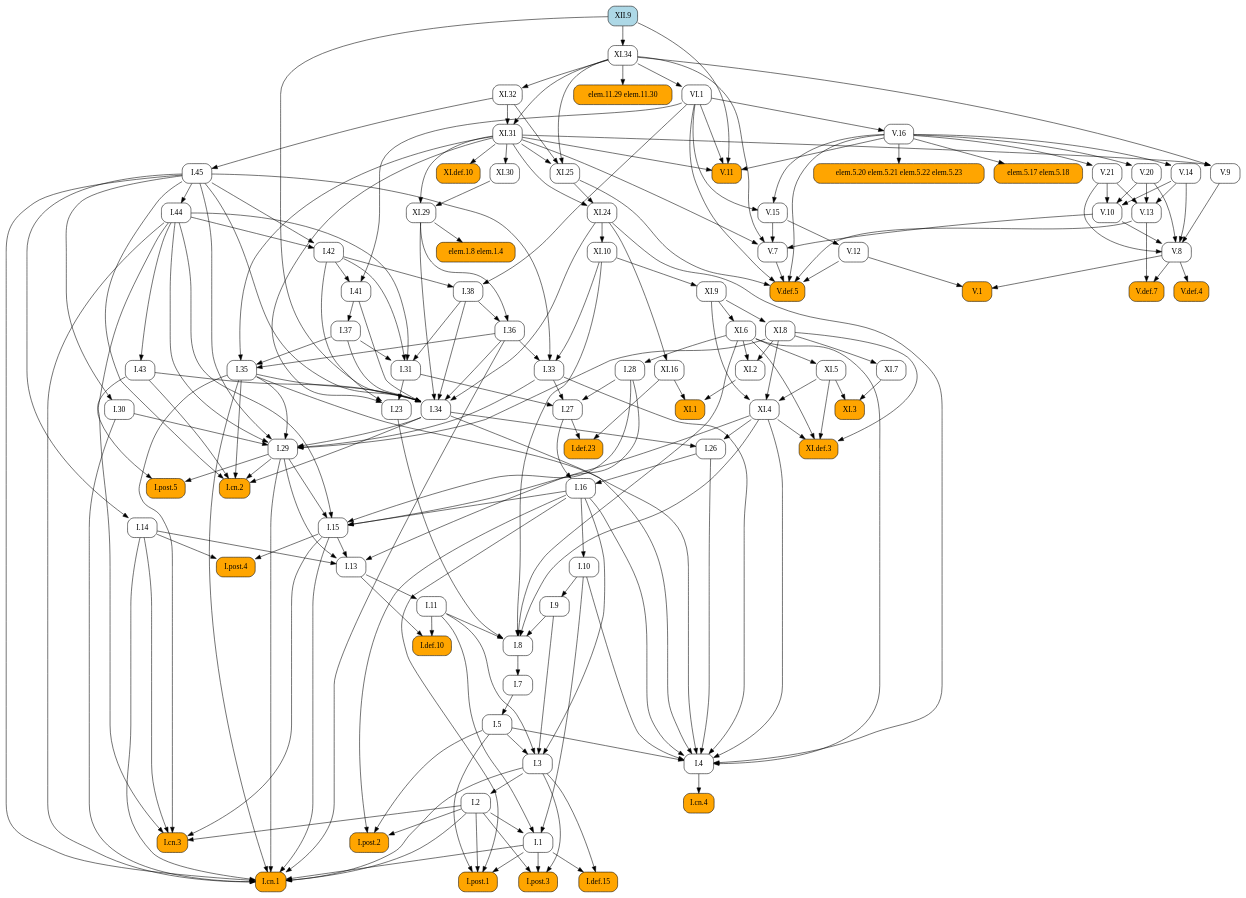
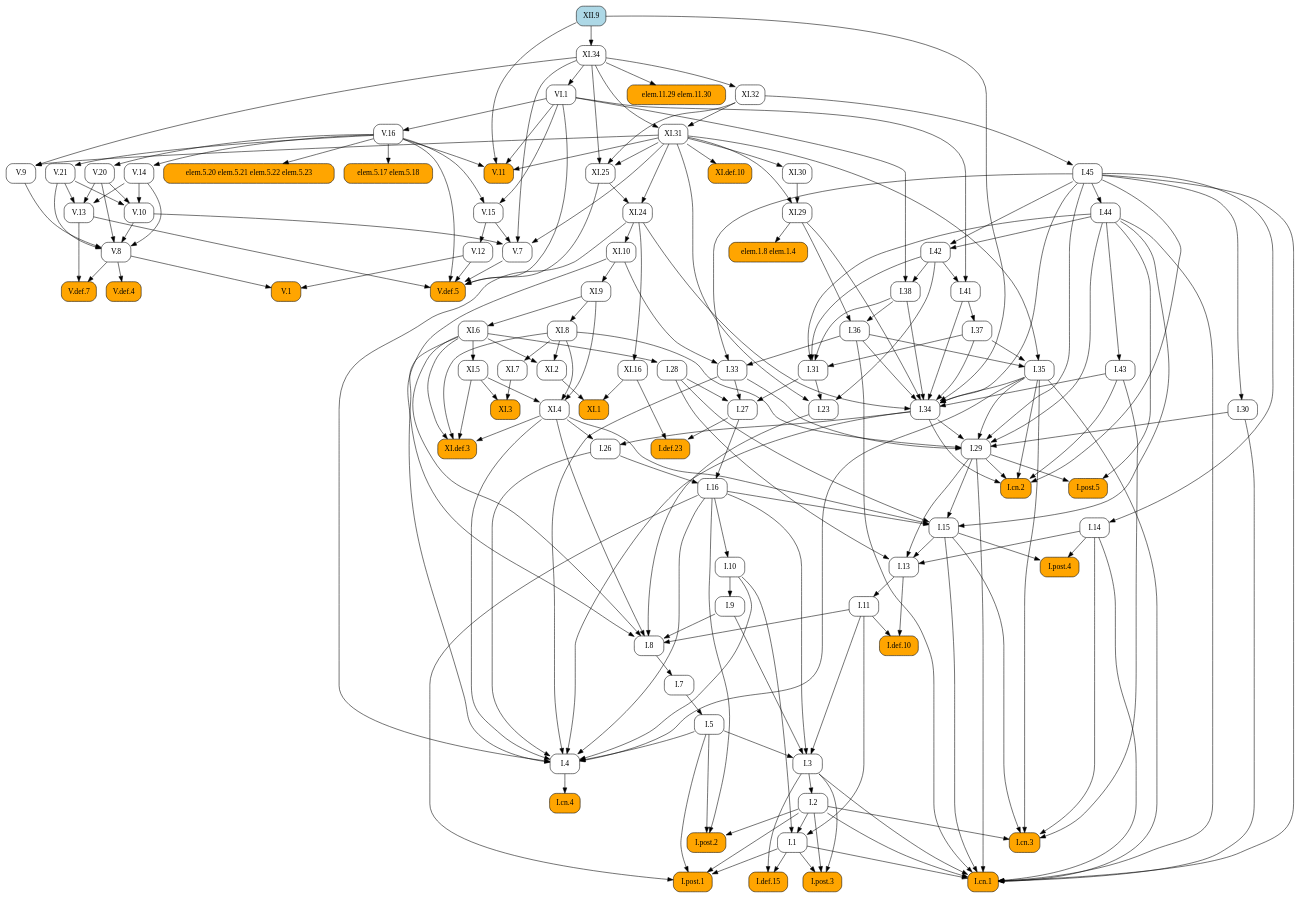
One commit to geometor/elements changed the diagram in docsrc/heath/XII/9/index.rst. Above: the diagram before and after it, drawn with Graphviz. The commit also changed other lines of this file and 1029 other files, not shown here.

```diff
--- a/docsrc/heath/XII/9/index.rst
+++ b/docsrc/heath/XII/9/index.rst
@@ -52,109 +52,148 @@
    digraph {
      rankdir="TB";
      node [shape=box, style=rounded];
+     "I.def.10" [style="rounded,filled", fillcolor=orange, URL="/heath/I/def.10/", target="_top"];
+     "I.11" [URL="/heath/I/11/", target="_top"];
+     "I.post.4" [style="rounded,filled", fillcolor=orange, URL="/heath/I/post.4/", target="_top"];
+     "I.1" [URL="/heath/I/1/", target="_top"];
+     "I.28" [URL="/heath/I/28/", target="_top"];
+     "XI.7" [URL="/heath/XI/7/", target="_top"];
+     "V.def.5" [style="rounded,filled", fillcolor=orange, URL="/heath/V/def.5/", target="_top"];
+     "XI.9" [URL="/heath/XI/9/", target="_top"];
+     "XI.8" [URL="/heath/XI/8/", target="_top"];
+     "V.11" [style="rounded,filled", fillcolor=orange, URL="/heath/V/11/", target="_top"];
+     "V.13" [URL="/heath/V/13/", target="_top"];
+     "I.post.3" [style="rounded,filled", fillcolor=orange, URL="/heath/I/post.3/", target="_top"];
+     "VI.1" [URL="/heath/VI/1/", target="_top"];
+     "XI.1" [style="rounded,filled", fillcolor=orange, URL="/heath/XI/1/", target="_top"];
+     "I.cn.3" [style="rounded,filled", fillcolor=orange, URL="/heath/I/cn.3/", target="_top"];
+     "XI.25" [URL="/heath/XI/25/", target="_top"];
+     "I.14" [URL="/heath/I/14/", target="_top"];
+     "V.16" [URL="/heath/V/16/", target="_top"];
+     "XI.2" [URL="/heath/XI/2/", target="_top"];
+     "XI.16" [URL="/heath/XI/16/", target="_top"];
+     "XI.31" [URL="/heath/XI/31/", target="_top"];
+     "I.36" [URL="/heath/I/36/", target="_top"];
+     "V.8" [URL="/heath/V/8/", target="_top"];
+     "I.41" [URL="/heath/I/41/", target="_top"];
+     "I.37" [URL="/heath/I/37/", target="_top"];
+     "I.34" [URL="/heath/I/34/", target="_top"];
+     "I.27" [URL="/heath/I/27/", target="_top"];
+     "I.2" [URL="/heath/I/2/", target="_top"];
+     "I.def.23" [style="rounded,filled", fillcolor=orange, URL="/heath/I/def.23/", target="_top"];
+     "elem.1.8 elem.1.4" [style="rounded,filled", fillcolor=orange];
+     "XI.32" [URL="/heath/XI/32/", target="_top"];
+     "elem.11.29 elem.11.30" [style="rounded,filled", fillcolor=orange];
+     "I.33" [URL="/heath/I/33/", target="_top"];
+     "I.post.2" [style="rounded,filled", fillcolor=orange, URL="/heath/I/post.2/", target="_top"];
+     "I.45" [URL="/heath/I/45/", target="_top"];
+     "I.42" [URL="/heath/I/42/", target="_top"];
+     "elem.5.20 elem.5.21 elem.5.22 elem.5.23" [style="rounded,filled", fillcolor=orange];
+     "I.9" [URL="/heath/I/9/", target="_top"];
+     "V.def.4" [style="rounded,filled", fillcolor=orange, URL="/heath/V/def.4/", target="_top"];
+     "I.cn.4" [style="rounded,filled", fillcolor=orange, URL="/heath/I/cn.4/", target="_top"];
+     "I.15" [URL="/heath/I/15/", target="_top"];
+     "I.38" [URL="/heath/I/38/", target="_top"];
+     "V.def.7" [style="rounded,filled", fillcolor=orange, URL="/heath/V/def.7/", target="_top"];
+     "I.5" [URL="/heath/I/5/", target="_top"];
+     "V.21" [URL="/heath/V/21/", target="_top"];
+     "XI.def.3" [style="rounded,filled", fillcolor=orange, URL="/heath/XI/def.3/", target="_top"];
+     "I.26" [URL="/heath/I/26/", target="_top"];
+     "V.14" [URL="/heath/V/14/", target="_top"];
+     "I.29" [URL="/heath/I/29/", target="_top"];
+     "V.12" [URL="/heath/V/12/", target="_top"];
+     "I.cn.2" [style="rounded,filled", fillcolor=orange, URL="/heath/I/cn.2/", target="_top"];
+     "V.20" [URL="/heath/V/20/", target="_top"];
+     "V.10" [URL="/heath/V/10/", target="_top"];
+     "XI.30" [URL="/heath/XI/30/", target="_top"];
+     "I.def.15" [style="rounded,filled", fillcolor=orange, URL="/heath/I/def.15/", target="_top"];
+     "V.15" [URL="/heath/V/15/", target="_top"];
+     "XI.5" [URL="/heath/XI/5/", target="_top"];
+     "I.cn.1" [style="rounded,filled", fillcolor=orange, URL="/heath/I/cn.1/", target="_top"];
+     "I.30" [URL="/heath/I/30/", target="_top"];
+     "V.7" [URL="/heath/V/7/", target="_top"];
+     "XI.29" [URL="/heath/XI/29/", target="_top"];
+     "V.9" [URL="/heath/V/9/", target="_top"];
+     "I.23" [URL="/heath/I/23/", target="_top"];
+     "I.43" [URL="/heath/I/43/", target="_top"];
+     "I.post.1" [style="rounded,filled", fillcolor=orange, URL="/heath/I/post.1/", target="_top"];
+     "XI.6" [URL="/heath/XI/6/", target="_top"];
+     "I.35" [URL="/heath/I/35/", target="_top"];
+     "I.7" [URL="/heath/I/7/", target="_top"];
+     "I.3" [URL="/heath/I/3/", target="_top"];
+     "I.4" [URL="/heath/I/4/", target="_top"];
+     "I.13" [URL="/heath/I/13/", target="_top"];
+     "XI.def.10" [style="rounded,filled", fillcolor=orange, URL="/heath/XI/def.10/", target="_top"];
+     "I.31" [URL="/heath/I/31/", target="_top"];
      "V.1" [style="rounded,filled", fillcolor=orange, URL="/heath/V/1/", target="_top"];
-     "XI.32" [URL="/heath/XI/32/", target="_top"];
-     "I.29" [URL="/heath/I/29/", target="_top"];
-     "I.7" [URL="/heath/I/7/", target="_top"];
-     "I.27" [URL="/heath/I/27/", target="_top"];
-     "I.def.23" [style="rounded,filled", fillcolor=orange, URL="/heath/I/def.23/", target="_top"];
-     "V.20" [URL="/heath/V/20/", target="_top"];
-     "I.34" [URL="/heath/I/34/", target="_top"];
+     "I.16" [URL="/heath/I/16/", target="_top"];
+     "XII.9" [style="rounded,filled", fillcolor=lightblue, URL="/heath/XII/9/", target="_top"];
+     "elem.5.17 elem.5.18" [style="rounded,filled", fillcolor=orange];
+     "XI.34" [URL="/heath/XI/34/", target="_top"];
      "I.8" [URL="/heath/I/8/", target="_top"];
-     "I.9" [URL="/heath/I/9/", target="_top"];
      "XI.4" [URL="/heath/XI/4/", target="_top"];
-     "I.post.4" [style="rounded,filled", fillcolor=orange, URL="/heath/I/post.4/", target="_top"];
-     "I.2" [URL="/heath/I/2/", target="_top"];
-     "I.28" [URL="/heath/I/28/", target="_top"];
-     "XI.1" [style="rounded,filled", fillcolor=orange, URL="/heath/XI/1/", target="_top"];
-     "I.cn.4" [style="rounded,filled", fillcolor=orange, URL="/heath/I/cn.4/", target="_top"];
-     "XI.31" [URL="/heath/XI/31/", target="_top"];
-     "XI.25" [URL="/heath/XI/25/", target="_top"];
-     "elem.5.20 elem.5.21 elem.5.22 elem.5.23" [style="rounded,filled", fillcolor=orange];
-     "I.23" [URL="/heath/I/23/", target="_top"];
-     "I.13" [URL="/heath/I/13/", target="_top"];
-     "I.5" [URL="/heath/I/5/", target="_top"];
-     "I.11" [URL="/heath/I/11/", target="_top"];
-     "XI.def.10" [style="rounded,filled", fillcolor=orange, URL="/heath/XI/def.10/", target="_top"];
-     "XI.5" [URL="/heath/XI/5/", target="_top"];
-     "I.4" [URL="/heath/I/4/", target="_top"];
-     "I.43" [URL="/heath/I/43/", target="_top"];
-     "I.def.10" [style="rounded,filled", fillcolor=orange, URL="/heath/I/def.10/", target="_top"];
-     "XII.9" [style="rounded,filled", fillcolor=lightblue, URL="/heath/XII/9/", target="_top"];
-     "I.post.3" [style="rounded,filled", fillcolor=orange, URL="/heath/I/post.3/", target="_top"];
-     "V.9" [URL="/heath/V/9/", target="_top"];
-     "XI.30" [URL="/heath/XI/30/", target="_top"];
-     "XI.6" [URL="/heath/XI/6/", target="_top"];
-     "elem.5.17 elem.5.18" [style="rounded,filled", fillcolor=orange];
-     "XI.7" [URL="/heath/XI/7/", target="_top"];
-     "I.36" [URL="/heath/I/36/", target="_top"];
-     "V.12" [URL="/heath/V/12/", target="_top"];
-     "I.15" [URL="/heath/I/15/", target="_top"];
-     "XI.2" [URL="/heath/XI/2/", target="_top"];
-     "V.14" [URL="/heath/V/14/", target="_top"];
-     "XI.8" [URL="/heath/XI/8/", target="_top"];
-     "I.41" [URL="/heath/I/41/", target="_top"];
-     "V.def.5" [style="rounded,filled", fillcolor=orange, URL="/heath/V/def.5/", target="_top"];
-     "I.cn.3" [style="rounded,filled", fillcolor=orange, URL="/heath/I/cn.3/", target="_top"];
-     "I.30" [URL="/heath/I/30/", target="_top"];
-     "I.45" [URL="/heath/I/45/", target="_top"];
-     "I.38" [URL="/heath/I/38/", target="_top"];
-     "V.16" [URL="/heath/V/16/", target="_top"];
-     "V.15" [URL="/heath/V/15/", target="_top"];
-     "V.def.4" [style="rounded,filled", fillcolor=orange, URL="/heath/V/def.4/", target="_top"];
-     "V.21" [URL="/heath/V/21/", target="_top"];
-     "V.8" [URL="/heath/V/8/", target="_top"];
-     "XI.34" [URL="/heath/XI/34/", target="_top"];
-     "I.42" [URL="/heath/I/42/", target="_top"];
-     "V.7" [URL="/heath/V/7/", target="_top"];
-     "I.def.15" [style="rounded,filled", fillcolor=orange, URL="/heath/I/def.15/", target="_top"];
-     "I.1" [URL="/heath/I/1/", target="_top"];
+     "XI.24" [URL="/heath/XI/24/", target="_top"];
+     "I.post.5" [style="rounded,filled", fillcolor=orange, URL="/heath/I/post.5/", target="_top"];
      "I.44" [URL="/heath/I/44/", target="_top"];
-     "I.post.1" [style="rounded,filled", fillcolor=orange, URL="/heath/I/post.1/", target="_top"];
-     "V.13" [URL="/heath/V/13/", target="_top"];
-     "elem.11.29 elem.11.30" [style="rounded,filled", fillcolor=orange];
+     "I.10" [URL="/heath/I/10/", target="_top"];
      "XI.10" [URL="/heath/XI/10/", target="_top"];
-     "I.26" [URL="/heath/I/26/", target="_top"];
-     "I.33" [URL="/heath/I/33/", target="_top"];
-     "V.def.7" [style="rounded,filled", fillcolor=orange, URL="/heath/V/def.7/", target="_top"];
-     "XI.9" [URL="/heath/XI/9/", target="_top"];
-     "I.cn.2" [style="rounded,filled", fillcolor=orange, URL="/heath/I/cn.2/", target="_top"];
-     "V.10" [URL="/heath/V/10/", target="_top"];
-     "I.10" [URL="/heath/I/10/", target="_top"];
-     "I.3" [URL="/heath/I/3/", target="_top"];
-     "I.16" [URL="/heath/I/16/", target="_top"];
-     "I.31" [URL="/heath/I/31/", target="_top"];
-     "V.11" [style="rounded,filled", fillcolor=orange, URL="/heath/V/11/", target="_top"];
-     "XI.def.3" [style="rounded,filled", fillcolor=orange, URL="/heath/XI/def.3/", target="_top"];
-     "XI.29" [URL="/heath/XI/29/", target="_top"];
-     "I.post.2" [style="rounded,filled", fillcolor=orange, URL="/heath/I/post.2/", target="_top"];
-     "I.post.5" [style="rounded,filled", fillcolor=orange, URL="/heath/I/post.5/", target="_top"];
      "XI.3" [style="rounded,filled", fillcolor=orange, URL="/heath/XI/3/", target="_top"];
-     "VI.1" [URL="/heath/VI/1/", target="_top"];
-     "I.14" [URL="/heath/I/14/", target="_top"];
-     "I.35" [URL="/heath/I/35/", target="_top"];
-     "XI.24" [URL="/heath/XI/24/", target="_top"];
-     "I.cn.1" [style="rounded,filled", fillcolor=orange, URL="/heath/I/cn.1/", target="_top"];
-     "elem.1.8 elem.1.4" [style="rounded,filled", fillcolor=orange];
-     "I.37" [URL="/heath/I/37/", target="_top"];
-     "XI.16" [URL="/heath/XI/16/", target="_top"];
-     "V.8" -> "V.1";
-     "V.12" -> "V.1";
-     "XI.34" -> "XI.32";
-     "I.30" -> "I.29";
-     "I.33" -> "I.29";
-     "I.34" -> "I.29";
-     "I.35" -> "I.29";
-     "I.44" -> "I.29";
-     "I.45" -> "I.29";
-     "XI.8" -> "I.29";
-     "I.8" -> "I.7";
-     "I.28" -> "I.27";
-     "I.31" -> "I.27";
-     "I.33" -> "I.27";
-     "I.27" -> "I.def.23";
-     "XI.16" -> "I.def.23";
-     "V.16" -> "V.20";
+     "I.11" -> "I.def.10";
+     "I.13" -> "I.def.10";
+     "I.13" -> "I.11";
+     "I.14" -> "I.post.4";
+     "I.15" -> "I.post.4";
+     "I.2" -> "I.1";
+     "I.10" -> "I.1";
+     "I.11" -> "I.1";
+     "XI.6" -> "I.28";
+     "XI.8" -> "XI.7";
+     "V.7" -> "V.def.5";
+     "V.12" -> "V.def.5";
+     "V.13" -> "V.def.5";
+     "V.16" -> "V.def.5";
+     "VI.1" -> "V.def.5";
+     "XI.25" -> "V.def.5";
+     "XI.10" -> "XI.9";
+     "XI.9" -> "XI.8";
+     "V.16" -> "V.11";
+     "VI.1" -> "V.11";
+     "XI.31" -> "V.11";
+     "XII.9" -> "V.11";
+     "V.14" -> "V.13";
+     "V.20" -> "V.13";
+     "V.21" -> "V.13";
+     "I.1" -> "I.post.3";
+     "I.2" -> "I.post.3";
+     "I.3" -> "I.post.3";
+     "XI.34" -> "VI.1";
+     "XI.2" -> "XI.1";
+     "XI.16" -> "XI.1";
+     "I.2" -> "I.cn.3";
+     "I.14" -> "I.cn.3";
+     "I.15" -> "I.cn.3";
+     "I.35" -> "I.cn.3";
+     "I.43" -> "I.cn.3";
+     "XI.31" -> "XI.25";
+     "XI.32" -> "XI.25";
+     "XI.34" -> "XI.25";
+     "I.45" -> "I.14";
+     "VI.1" -> "V.16";
+     "XI.6" -> "XI.2";
+     "XI.8" -> "XI.2";
+     "XI.24" -> "XI.16";
+     "XI.32" -> "XI.31";
+     "XI.34" -> "XI.31";
+     "I.38" -> "I.36";
+     "XI.29" -> "I.36";
+     "V.9" -> "V.8";
+     "V.10" -> "V.8";
+     "V.14" -> "V.8";
+     "V.20" -> "V.8";
+     "V.21" -> "V.8";
+     "I.42" -> "I.41";
+     "VI.1" -> "I.41";
+     "I.41" -> "I.37";
      "I.35" -> "I.34";
      "I.36" -> "I.34";
      "I.37" -> "I.34";
@@ -165,174 +204,69 @@
      "XI.24" -> "I.34";
      "XI.29" -> "I.34";
      "XII.9" -> "I.34";
-     "I.9" -> "I.8";
-     "I.11" -> "I.8";
-     "I.23" -> "I.8";
-     "XI.4" -> "I.8";
-     "XI.6" -> "I.8";
-     "XI.10" -> "I.8";
+     "I.28" -> "I.27";
+     "I.31" -> "I.27";
+     "I.33" -> "I.27";
+     "I.3" -> "I.2";
+     "I.27" -> "I.def.23";
+     "XI.16" -> "I.def.23";
+     "XI.29" -> "elem.1.8 elem.1.4";
+     "XI.34" -> "XI.32";
+     "XI.34" -> "elem.11.29 elem.11.30";
+     "I.36" -> "I.33";
+     "I.45" -> "I.33";
+     "XI.10" -> "I.33";
+     "I.2" -> "I.post.2";
+     "I.5" -> "I.post.2";
+     "I.16" -> "I.post.2";
+     "XI.32" -> "I.45";
+     "I.44" -> "I.42";
+     "I.45" -> "I.42";
+     "V.16" -> "elem.5.20 elem.5.21 elem.5.22 elem.5.23";
      "I.10" -> "I.9";
-     "XI.5" -> "XI.4";
-     "XI.8" -> "XI.4";
-     "XI.9" -> "XI.4";
-     "I.14" -> "I.post.4";
-     "I.15" -> "I.post.4";
-     "I.3" -> "I.2";
-     "XI.6" -> "I.28";
-     "XI.2" -> "XI.1";
-     "XI.16" -> "XI.1";
+     "V.8" -> "V.def.4";
      "I.4" -> "I.cn.4";
-     "XI.32" -> "XI.31";
-     "XI.34" -> "XI.31";
-     "XI.31" -> "XI.25";
-     "XI.32" -> "XI.25";
-     "XI.34" -> "XI.25";
-     "V.16" -> "elem.5.20 elem.5.21 elem.5.22 elem.5.23";
-     "I.31" -> "I.23";
-     "I.42" -> "I.23";
-     "XI.31" -> "I.23";
-     "I.14" -> "I.13";
-     "I.15" -> "I.13";
-     "I.28" -> "I.13";
-     "I.29" -> "I.13";
-     "I.7" -> "I.5";
-     "I.13" -> "I.11";
-     "XI.31" -> "XI.def.10";
-     "XI.6" -> "XI.5";
-     "I.5" -> "I.4";
-     "I.10" -> "I.4";
-     "I.16" -> "I.4";
-     "I.26" -> "I.4";
-     "I.33" -> "I.4";
-     "I.34" -> "I.4";
-     "I.35" -> "I.4";
-     "XI.4" -> "I.4";
-     "XI.6" -> "I.4";
-     "XI.24" -> "I.4";
-     "I.44" -> "I.43";
-     "I.11" -> "I.def.10";
-     "I.13" -> "I.def.10";
-     "I.1" -> "I.post.3";
-     "I.2" -> "I.post.3";
-     "I.3" -> "I.post.3";
-     "XI.31" -> "V.9";
-     "XI.34" -> "V.9";
-     "XI.31" -> "XI.30";
-     "XI.9" -> "XI.6";
-     "V.16" -> "elem.5.17 elem.5.18";
-     "XI.8" -> "XI.7";
-     "I.38" -> "I.36";
-     "XI.29" -> "I.36";
-     "V.15" -> "V.12";
      "I.16" -> "I.15";
      "I.28" -> "I.15";
      "I.29" -> "I.15";
      "I.44" -> "I.15";
      "XI.4" -> "I.15";
-     "XI.6" -> "XI.2";
-     "XI.8" -> "XI.2";
-     "V.16" -> "V.14";
-     "XI.9" -> "XI.8";
-     "I.42" -> "I.41";
-     "VI.1" -> "I.41";
-     "V.7" -> "V.def.5";
-     "V.12" -> "V.def.5";
-     "V.13" -> "V.def.5";
-     "V.16" -> "V.def.5";
-     "VI.1" -> "V.def.5";
-     "XI.25" -> "V.def.5";
-     "I.2" -> "I.cn.3";
-     "I.14" -> "I.cn.3";
-     "I.15" -> "I.cn.3";
-     "I.35" -> "I.cn.3";
-     "I.43" -> "I.cn.3";
-     "I.45" -> "I.30";
-     "XI.32" -> "I.45";
      "I.42" -> "I.38";
      "VI.1" -> "I.38";
-     "VI.1" -> "V.16";
-     "V.16" -> "V.15";
-     "VI.1" -> "V.15";
-     "V.8" -> "V.def.4";
+     "V.8" -> "V.def.7";
+     "V.13" -> "V.def.7";
+     "I.7" -> "I.5";
      "V.16" -> "V.21";
-     "V.9" -> "V.8";
-     "V.10" -> "V.8";
-     "V.14" -> "V.8";
-     "V.20" -> "V.8";
-     "V.21" -> "V.8";
-     "XII.9" -> "XI.34";
-     "I.44" -> "I.42";
-     "I.45" -> "I.42";
-     "V.10" -> "V.7";
-     "V.15" -> "V.7";
-     "XI.31" -> "V.7";
-     "XI.34" -> "V.7";
-     "I.1" -> "I.def.15";
-     "I.3" -> "I.def.15";
-     "I.2" -> "I.1";
-     "I.10" -> "I.1";
-     "I.11" -> "I.1";
-     "I.45" -> "I.44";
-     "I.1" -> "I.post.1";
-     "I.2" -> "I.post.1";
-     "I.5" -> "I.post.1";
-     "I.16" -> "I.post.1";
-     "V.14" -> "V.13";
-     "V.20" -> "V.13";
-     "V.21" -> "V.13";
-     "XI.34" -> "elem.11.29 elem.11.30";
-     "XI.24" -> "XI.10";
+     "XI.4" -> "XI.def.3";
+     "XI.5" -> "XI.def.3";
+     "XI.6" -> "XI.def.3";
+     "XI.8" -> "XI.def.3";
      "I.34" -> "I.26";
      "XI.4" -> "I.26";
-     "I.36" -> "I.33";
-     "I.45" -> "I.33";
-     "XI.10" -> "I.33";
-     "V.8" -> "V.def.7";
-     "V.13" -> "V.def.7";
-     "XI.10" -> "XI.9";
+     "V.16" -> "V.14";
+     "I.30" -> "I.29";
+     "I.33" -> "I.29";
+     "I.34" -> "I.29";
+     "I.35" -> "I.29";
+     "I.44" -> "I.29";
+     "I.45" -> "I.29";
+     "XI.8" -> "I.29";
+     "V.15" -> "V.12";
      "I.29" -> "I.cn.2";
      "I.34" -> "I.cn.2";
      "I.35" -> "I.cn.2";
      "I.43" -> "I.cn.2";
      "I.45" -> "I.cn.2";
+     "V.16" -> "V.20";
      "V.14" -> "V.10";
      "V.20" -> "V.10";
      "V.21" -> "V.10";
-     "I.16" -> "I.10";
-     "I.5" -> "I.3";
-     "I.9" -> "I.3";
-     "I.11" -> "I.3";
-     "I.16" -> "I.3";
-     "I.26" -> "I.16";
-     "I.27" -> "I.16";
-     "I.37" -> "I.31";
-     "I.38" -> "I.31";
-     "I.42" -> "I.31";
-     "I.44" -> "I.31";
-     "V.16" -> "V.11";
-     "VI.1" -> "V.11";
-     "XI.31" -> "V.11";
-     "XII.9" -> "V.11";
-     "XI.4" -> "XI.def.3";
-     "XI.5" -> "XI.def.3";
-     "XI.6" -> "XI.def.3";
-     "XI.8" -> "XI.def.3";
-     "XI.30" -> "XI.29";
-     "XI.31" -> "XI.29";
-     "I.2" -> "I.post.2";
-     "I.5" -> "I.post.2";
-     "I.16" -> "I.post.2";
-     "I.29" -> "I.post.5";
-     "I.44" -> "I.post.5";
-     "XI.5" -> "XI.3";
-     "XI.7" -> "XI.3";
-     "XI.34" -> "VI.1";
-     "I.45" -> "I.14";
-     "I.36" -> "I.35";
-     "I.37" -> "I.35";
-     "XI.31" -> "I.35";
-     "XI.25" -> "XI.24";
-     "XI.31" -> "XI.24";
+     "XI.31" -> "XI.30";
+     "I.1" -> "I.def.15";
+     "I.3" -> "I.def.15";
+     "V.16" -> "V.15";
+     "VI.1" -> "V.15";
+     "XI.6" -> "XI.5";
      "I.1" -> "I.cn.1";
      "I.2" -> "I.cn.1";
      "I.3" -> "I.cn.1";
@@ -344,7 +278,73 @@
      "I.36" -> "I.cn.1";
      "I.44" -> "I.cn.1";
      "I.45" -> "I.cn.1";
-     "XI.29" -> "elem.1.8 elem.1.4";
-     "I.41" -> "I.37";
-     "XI.24" -> "XI.16";
+     "I.45" -> "I.30";
+     "V.10" -> "V.7";
+     "V.15" -> "V.7";
+     "XI.31" -> "V.7";
+     "XI.34" -> "V.7";
+     "XI.30" -> "XI.29";
+     "XI.31" -> "XI.29";
+     "XI.31" -> "V.9";
+     "XI.34" -> "V.9";
+     "I.31" -> "I.23";
+     "I.42" -> "I.23";
+     "XI.31" -> "I.23";
+     "I.44" -> "I.43";
+     "I.1" -> "I.post.1";
+     "I.2" -> "I.post.1";
+     "I.5" -> "I.post.1";
+     "I.16" -> "I.post.1";
+     "XI.9" -> "XI.6";
+     "I.36" -> "I.35";
+     "I.37" -> "I.35";
+     "XI.31" -> "I.35";
+     "I.8" -> "I.7";
+     "I.5" -> "I.3";
+     "I.9" -> "I.3";
+     "I.11" -> "I.3";
+     "I.16" -> "I.3";
+     "I.5" -> "I.4";
+     "I.10" -> "I.4";
+     "I.16" -> "I.4";
+     "I.26" -> "I.4";
+     "I.33" -> "I.4";
+     "I.34" -> "I.4";
+     "I.35" -> "I.4";
+     "XI.4" -> "I.4";
+     "XI.6" -> "I.4";
+     "XI.24" -> "I.4";
+     "I.14" -> "I.13";
+     "I.15" -> "I.13";
+     "I.28" -> "I.13";
+     "I.29" -> "I.13";
+     "XI.31" -> "XI.def.10";
+     "I.37" -> "I.31";
+     "I.38" -> "I.31";
+     "I.42" -> "I.31";
+     "I.44" -> "I.31";
+     "V.8" -> "V.1";
+     "V.12" -> "V.1";
+     "I.26" -> "I.16";
+     "I.27" -> "I.16";
+     "V.16" -> "elem.5.17 elem.5.18";
+     "XII.9" -> "XI.34";
+     "I.9" -> "I.8";
+     "I.11" -> "I.8";
+     "I.23" -> "I.8";
+     "XI.4" -> "I.8";
+     "XI.6" -> "I.8";
+     "XI.10" -> "I.8";
+     "XI.5" -> "XI.4";
+     "XI.8" -> "XI.4";
+     "XI.9" -> "XI.4";
+     "XI.25" -> "XI.24";
+     "XI.31" -> "XI.24";
+     "I.29" -> "I.post.5";
+     "I.44" -> "I.post.5";
+     "I.45" -> "I.44";
+     "I.16" -> "I.10";
+     "XI.24" -> "XI.10";
+     "XI.5" -> "XI.3";
+     "XI.7" -> "XI.3";
    }
```
